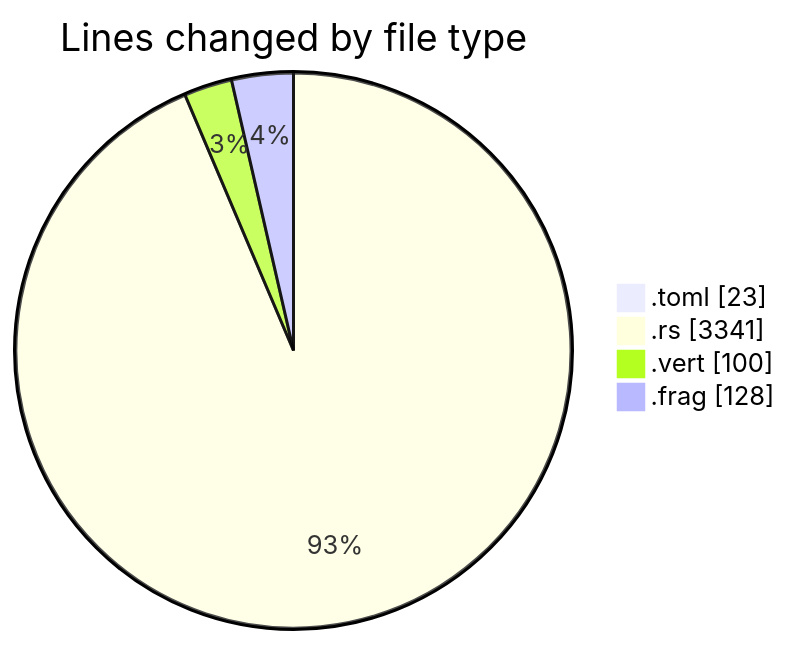
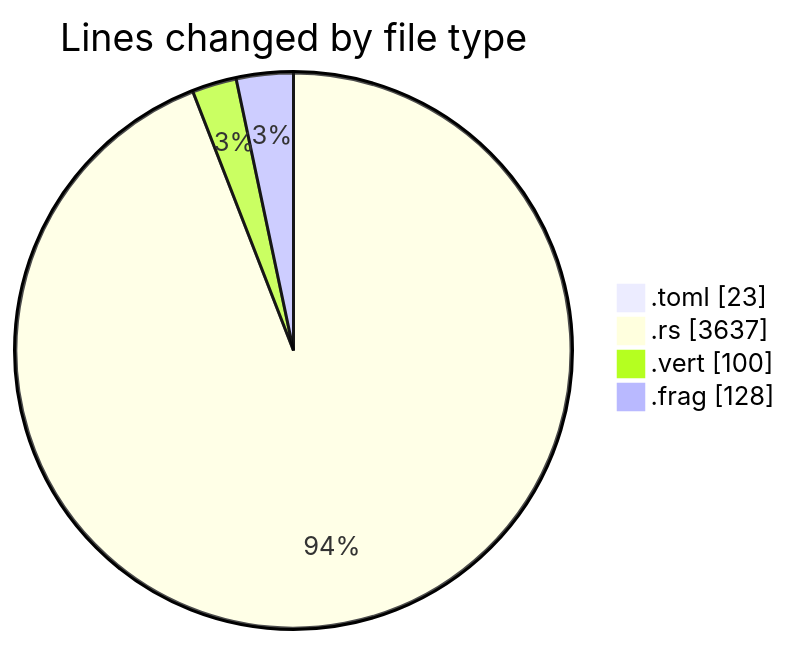
The first of 2 diagrams in 2025-01-02/3drust/README.md (ernivani/code-tracking), drawn with Mermaid before and after one commit. The commit also changed other lines of this file and 2 other files, not shown here.

````diff
--- a/2025-01-02/3drust/README.md
+++ b/2025-01-02/3drust/README.md
@@ -27,8 +27,8 @@
 ```mermaid
 pie showData
 title Lines changed by file type
 ".toml" : 23
-".rs" : 3341
+".rs" : 3637
 ".vert" : 100
 ".frag" : 128
 ```
````
